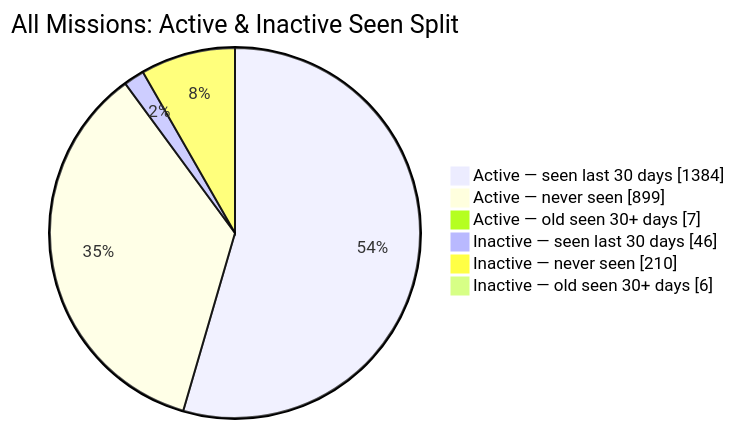
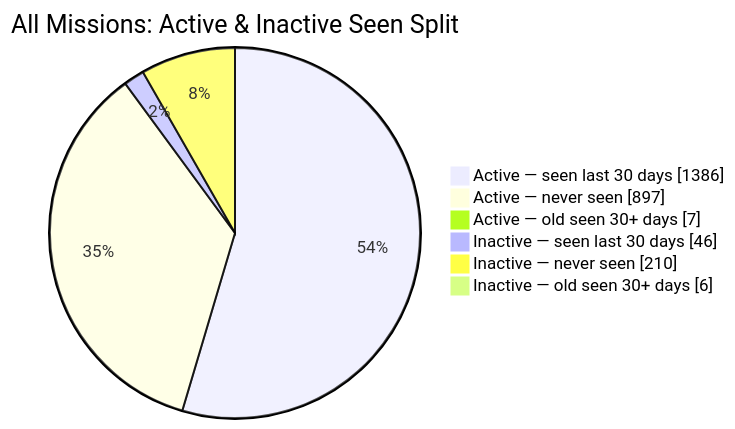
One commit to MeldkamerspelGameTeam/active-missions changed the second of 2 diagrams in README.md. Above: the diagram before and after it, drawn with Mermaid. The commit also changed other lines of this file and 2 other files, not shown here.

````diff
--- a/README.md
+++ b/README.md
@@ -44,10 +44,10 @@
 ```mermaid
 pie showData
     title All Missions: Active & Inactive Seen Split
-    "Active — seen last 30 days" : 1384
-    "Active — never seen" : 899
+    "Active — seen last 30 days" : 1386
+    "Active — never seen" : 897
     "Active — old seen 30+ days" : 7
     "Inactive — seen last 30 days" : 46
     "Inactive — never seen" : 210
     "Inactive — old seen 30+ days" : 6
 ```
````
